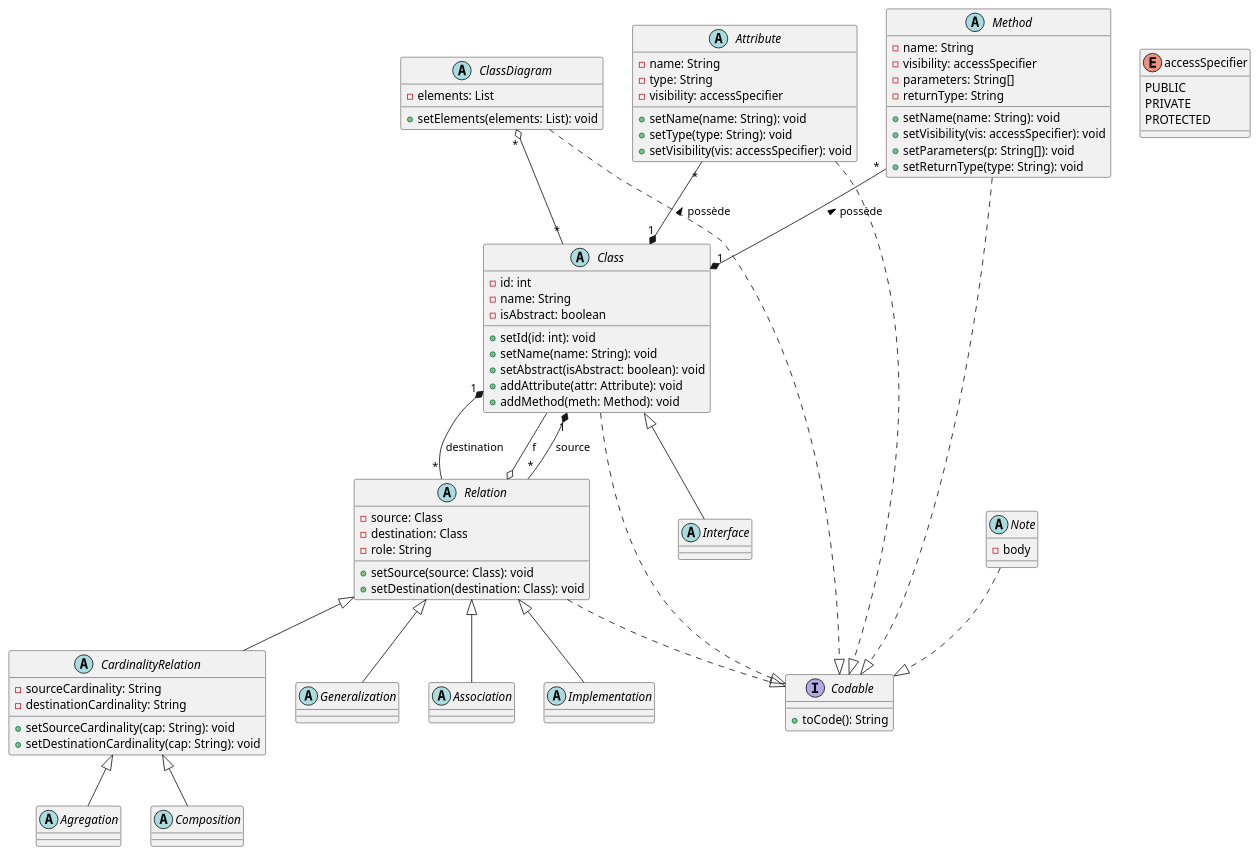
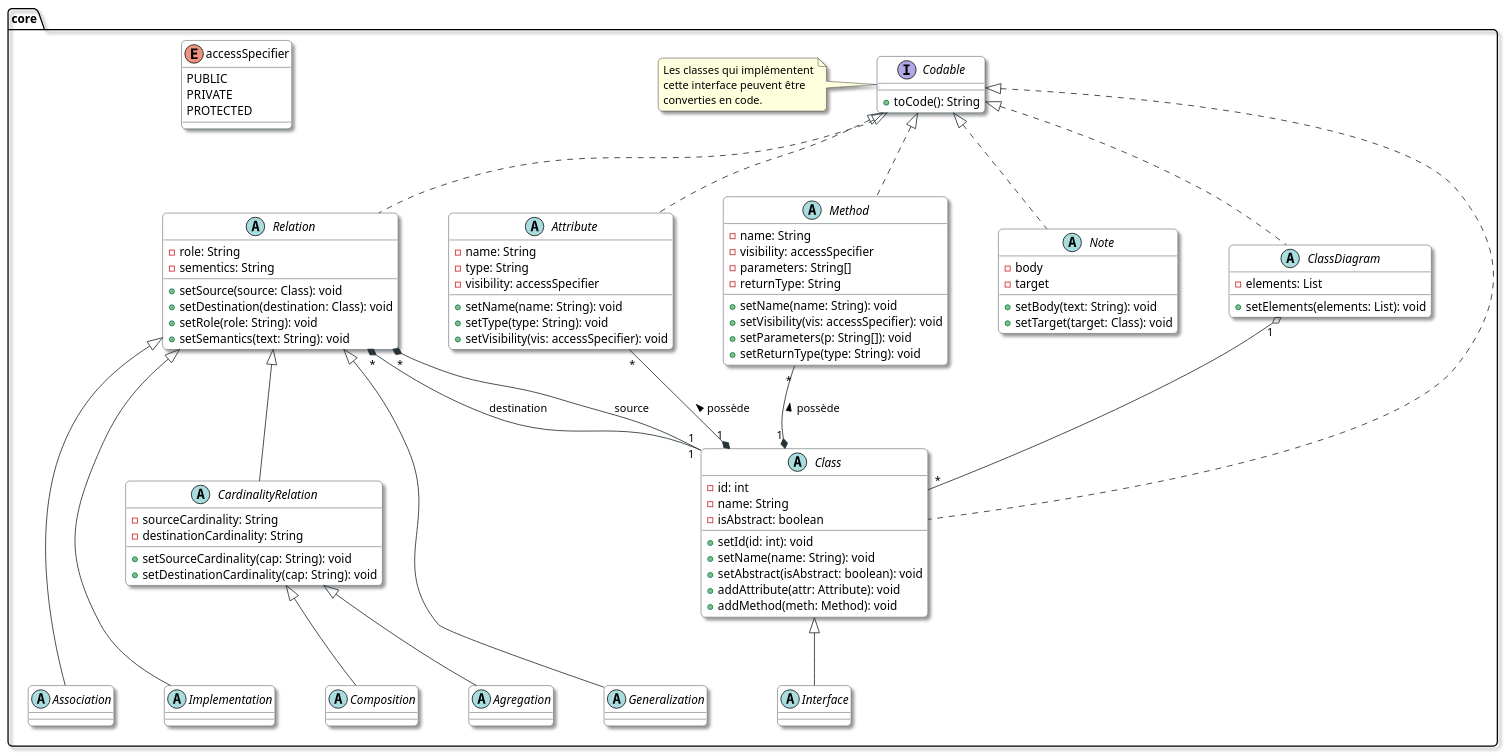
Before and after one commit to bobbysenior/uml2code-mirror: the diagram in core/core_diagram.puml, drawn with PlantUML. The commit also changed 1 other file, not shown here.

```diff
--- a/core/core_diagram.puml
+++ b/core/core_diagram.puml
@@ -1,107 +1,120 @@
 @startuml
-
-interface Codable {
- + toCode(): String
+' --- Paramètres esthétiques ---
+skinparam shadowing true
+skinparam roundcorner 10
+skinparam nodesep 60
+skinparam ranksep 80
+skinparam class {
+    BackgroundColor White
+    ArrowColor #263238
+    BorderColor #263238
 }
 
-abstract class ClassDiagram {
-  - elements: List
-  + setElements(elements: List): void
+package core {
 
+    interface Codable {
+        + toCode(): String
+    }
+
+    ' Regroupement des éléments structurels
+    together {
+        abstract class Class {
+            - id: int
+            - name: String
+            - isAbstract: boolean
+            + setId(id: int): void
+            + setName(name: String): void
+            + setAbstract(isAbstract: boolean): void
+            + addAttribute(attr: Attribute): void
+            + addMethod(meth: Method): void
+        }
+
+        abstract class Method {
+            - name: String
+            - visibility: accessSpecifier
+            - parameters: String[]
+            - returnType: String
+            + setName(name: String): void
+            + setVisibility(vis: accessSpecifier): void
+            + setParameters(p: String[]): void
+            + setReturnType(type: String): void
+        }
+
+        abstract class Attribute {
+            - name: String
+            - type: String
+            - visibility: accessSpecifier
+            + setName(name: String): void
+            + setType(type: String): void
+            + setVisibility(vis: accessSpecifier): void
+        }
+    }
+
+    enum accessSpecifier {
+        PUBLIC
+        PRIVATE
+        PROTECTED
+    }
+
+    abstract class ClassDiagram {
+        - elements: List
+        + setElements(elements: List): void
+    }
+
+    ' Hiérarchie des relations
+    abstract class Relation {
+        - role: String
+        - sementics: String
+        + setSource(source: Class): void
+        + setDestination(destination: Class): void
+        + setRole(role: String): void
+        + setSemantics(text: String): void
+    }
+
+    abstract class CardinalityRelation extends Relation {
+        - sourceCardinality: String
+        - destinationCardinality: String
+        + setSourceCardinality(cap: String): void
+        + setDestinationCardinality(cap: String): void
+    }
+
+    together {
+        abstract class Generalization extends Relation
+        abstract class Association extends Relation
+        abstract class Implementation extends Relation
+        abstract class Agregation extends CardinalityRelation
+        abstract class Composition extends CardinalityRelation
+    }
+
+    abstract class Note {
+        - body
+        - target
+        + setBody(text: String): void
+        + setTarget(target: Class): void
+    }
+
+    abstract class Interface extends Class
+
+    ' --- Relations et Mise en page ---
+
+    ' On force Codable en haut
+    ClassDiagram .up.|> Codable
+    Class .up.|> Codable
+    Method .up.|> Codable
+    Attribute .up.|> Codable
+    Relation .up.|> Codable
+    Note .up.|> Codable
+
+    ' Organisation interne de Class
+    Attribute "*" --* "1" Class : possède <
+    Method "*" --* "1" Class : possède <
+
+    ' Relations vers Class
+    Relation "*" *-- "1" Class : source
+    Relation "*" *-- "1" Class : destination
+
+    ClassDiagram "1" o-- "*" Class
+
+    note left of Codable : Les classes qui implémentent\ncette interface peuvent être\nconverties en code.
 }
-
-abstract class Relation {
-  - source: Class
-  - destination: Class
-  - role: String
-
-  + setSource(source: Class): void
-  + setDestination(destination: Class): void
-
-}
-
-abstract class CardinalityRelation extends Relation {
-  - sourceCardinality: String
-  - destinationCardinality: String
-  + setSourceCardinality(cap: String): void
-  + setDestinationCardinality(cap: String): void
-  
-}
-
-
-
-abstract class Generalization extends Relation {}
-abstract class Association extends Relation {}
-abstract class Agregation extends CardinalityRelation {}
-abstract class Composition extends CardinalityRelation {}
-abstract class Implementation extends Relation {}
-
-abstract class Class {
-  - id: int
-  - name: String
-  - isAbstract: boolean
-  
-  + setId(id: int): void
-  + setName(name: String): void
-  + setAbstract(isAbstract: boolean): void
-  + addAttribute(attr: Attribute): void
-  + addMethod(meth: Method): void
-
-}
-
-abstract class Method {
-  - name: String
-  - visibility: accessSpecifier
-  - parameters: String[]
-  - returnType: String
-  
-  + setName(name: String): void
-  + setVisibility(vis: accessSpecifier): void
-  + setParameters(p: String[]): void
-  + setReturnType(type: String): void
-
-}
-
-abstract class Attribute {
-  - name: String
-  - type: String
-  - visibility: accessSpecifier
-  
-  + setName(name: String): void
-  + setType(type: String): void
-  + setVisibility(vis: accessSpecifier): void
-
-}
-
-abstract class Note {
-  - body
-  
-}
-
-abstract class Interface extends Class {}
-
-enum accessSpecifier {
-  PUBLIC
-  PRIVATE
-  PROTECTED
-}
-
-' Relations
-Attribute "*" --* "1" Class : possède <
-Method "*" --* "1" Class : possède <
-
-Relation "*" --* "1" Class : source
-Relation "*" --* "1" Class : destination
-Class --o Relation : f
-
-
-ClassDiagram "*" o-- "*" Class
-
-ClassDiagram ..|> Codable
-Class ..|> Codable
-Method ..|> Codable
-Attribute ..|> Codable
-Relation ..|> Codable
-Note ..|> Codable
-
 @enduml
```
